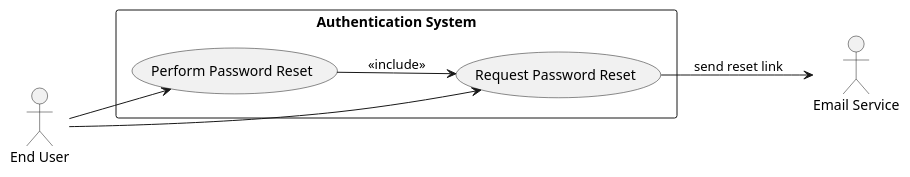
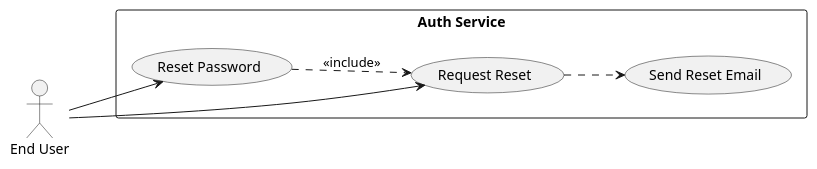
One commit to Bimmi-kumari-singh/Agent-testing changed the third of 6 diagrams in .propel/context/docs/spec.md. Above: the diagram before and after it, drawn with PlantUML. The commit also changed other lines of this file, not shown here.

````diff
--- a/.propel/context/docs/spec.md
+++ b/.propel/context/docs/spec.md
@@ -331,19 +310,18 @@
 ```plantuml
 @startuml
 left to right direction
 skinparam packageStyle rectangle
 
 actor "End User" as User
-actor "Email Service" as Email
-
-rectangle "Authentication System" {
-  usecase (Request Password Reset) as UC3
-  usecase (Perform Password Reset) as UC3b
+rectangle "Auth Service" {
+  usecase (Request Reset) as UC1
+  usecase (Send Reset Email) as UC2
+  usecase (Reset Password) as UC3
 }
 
+User --> UC1
+UC1 ..> UC2
 User --> UC3
-UC3 --> Email : send reset link
-User --> UC3b
-UC3b --> UC3 : <<include>>
+UC3 ..> UC1 : <<include>>
 @enduml
 ```
````
